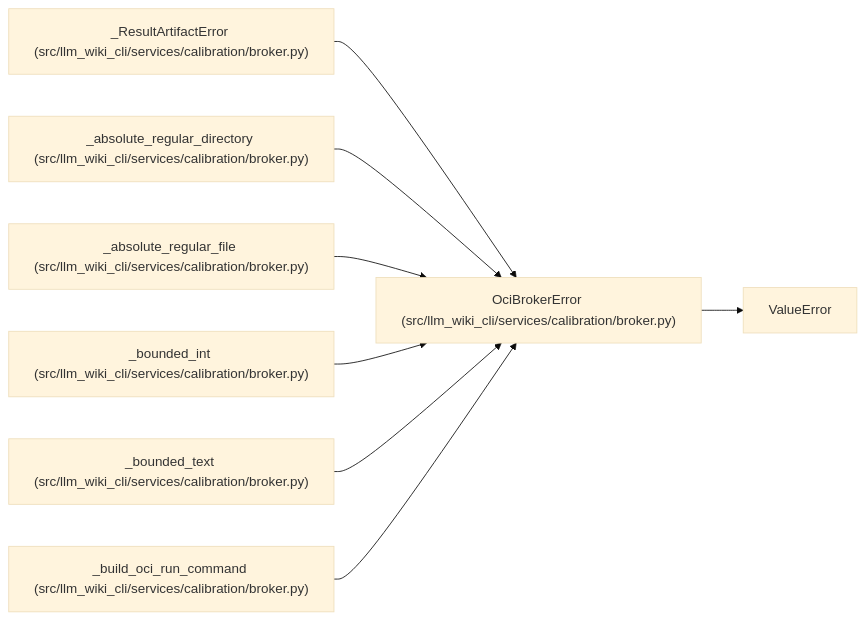
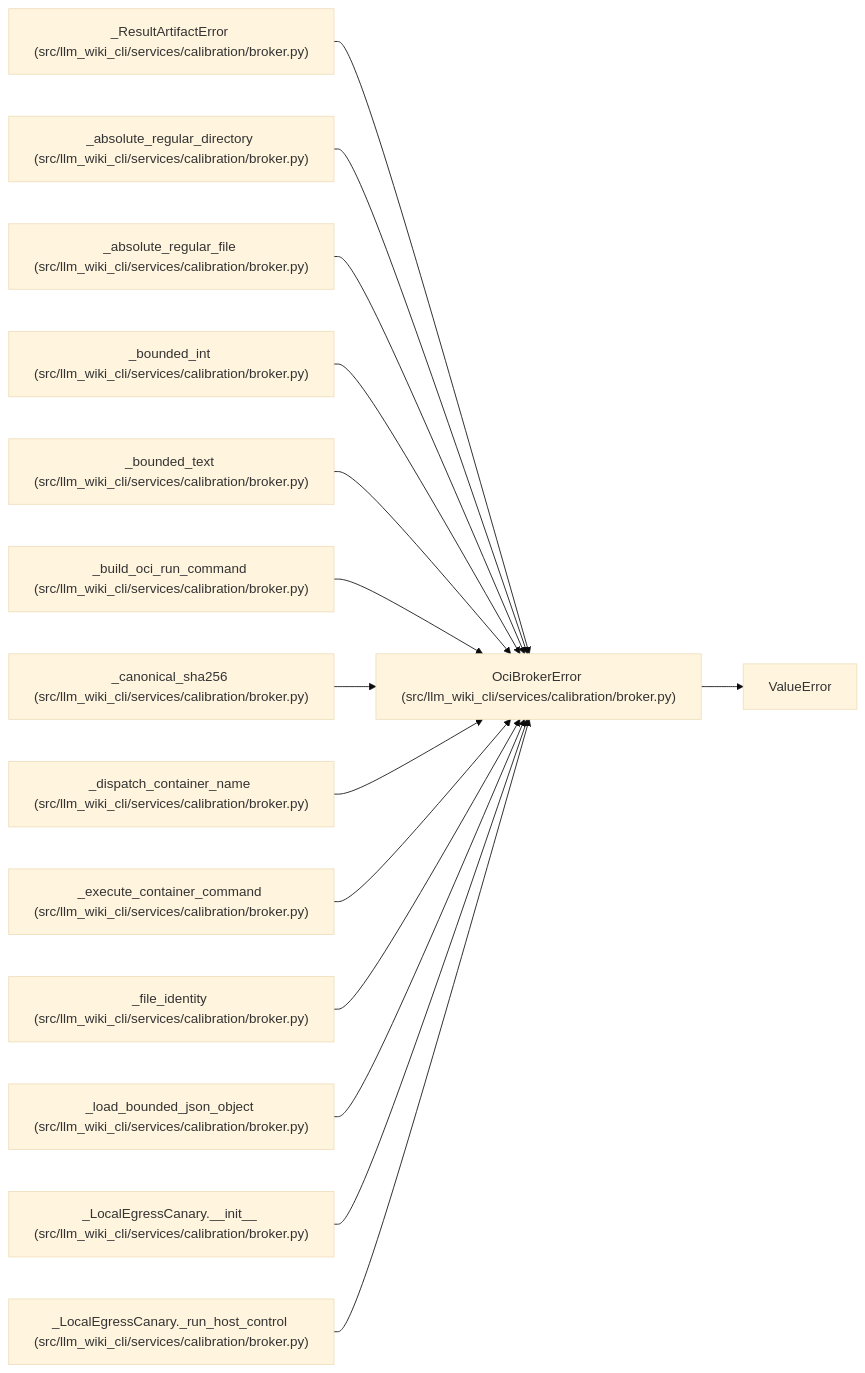
The diagram in docs/llm_wiki/entities/OciBrokerError.md (Denissvgn/python-wiki-llm), drawn with Mermaid (base theme) before and after one commit. The commit also changed other lines of this file and 493 other files, not shown here.

````diff
--- a/docs/llm_wiki/entities/OciBrokerError.md
+++ b/docs/llm_wiki/entities/OciBrokerError.md
@@ -23,25 +23,46 @@
 ```mermaid
 flowchart LR
     n0["OciBrokerError (src/llm_wiki_cli/services/calibration/broker.py)"]
     n1["ValueError"]
     n2["_ResultArtifactError (src/llm_wiki_cli/services/calibration/broker.py)"]
     n3["_absolute_regular_directory (src/llm_wiki_cli/services/calibration/broker.py)"]
     n4["_absolute_regular_file (src/llm_wiki_cli/services/calibration/broker.py)"]
     n5["_bounded_int (src/llm_wiki_cli/services/calibration/broker.py)"]
     n6["_bounded_text (src/llm_wiki_cli/services/calibration/broker.py)"]
     n7["_build_oci_run_command (src/llm_wiki_cli/services/calibration/broker.py)"]
+    n8["_canonical_sha256 (src/llm_wiki_cli/services/calibration/broker.py)"]
+    n9["_dispatch_container_name (src/llm_wiki_cli/services/calibration/broker.py)"]
+    n10["_execute_container_command (src/llm_wiki_cli/services/calibration/broker.py)"]
+    n11["_file_identity (src/llm_wiki_cli/services/calibration/broker.py)"]
+    n12["_load_bounded_json_object (src/llm_wiki_cli/services/calibration/broker.py)"]
+    n13["_LocalEgressCanary.__init__ (src/llm_wiki_cli/services/calibration/broker.py)"]
+    n14["_LocalEgressCanary._run_host_control (src/llm_wiki_cli/services/calibration/broker.py)"]
     n0 --> n1
     n2 --> n0
     n3 --> n0
     n4 --> n0
     n5 --> n0
     n6 --> n0
     n7 --> n0
+    n8 --> n0
+    n9 --> n0
+    n10 --> n0
+    n11 --> n0
+    n12 --> n0
+    n13 --> n0
+    n14 --> n0
     click n0 "../modules/broker.md"
     click n2 "../modules/broker.md"
     click n3 "../modules/broker.md"
     click n4 "../modules/broker.md"
     click n5 "../modules/broker.md"
     click n6 "../modules/broker.md"
     click n7 "../modules/broker.md"
+    click n8 "../modules/broker.md"
+    click n9 "../modules/broker.md"
+    click n10 "../modules/broker.md"
+    click n11 "../modules/broker.md"
+    click n12 "../modules/broker.md"
+    click n13 "../modules/broker.md"
+    click n14 "../modules/broker.md"
 ```
````
